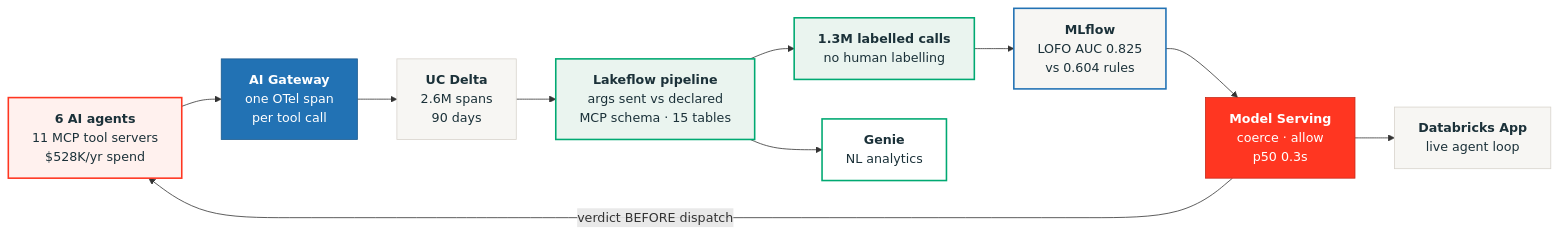
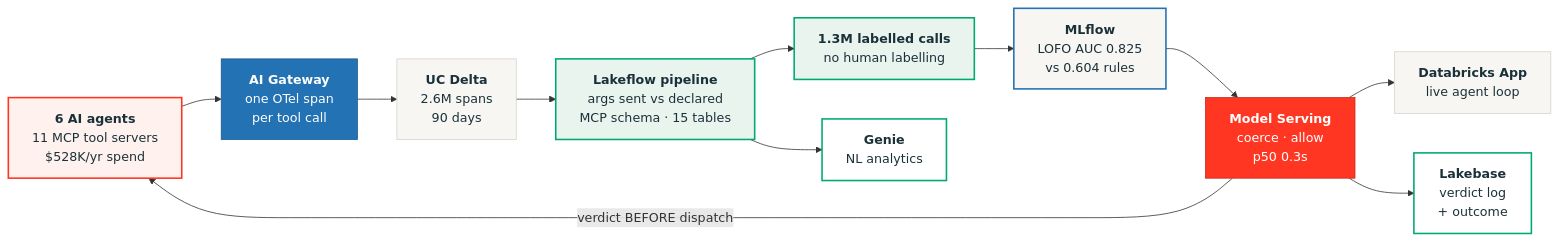
Before and after one commit to 29sonakshi/stop-agent-waste: the diagram in docs/architecture-overview.mmd, drawn with Mermaid. The commit also changed 14 other files, not shown here.

First line of the commit message:
Add the Lakebase verdict log

```diff
--- a/docs/architecture-overview.mmd
+++ b/docs/architecture-overview.mmd
@@ -1,23 +1,25 @@
 flowchart LR
   classDef agents fill:#FFF1EE,stroke:#FF3621,stroke-width:2px,color:#1B3139
   classDef gw     fill:#2272B4,stroke:#1A5A8F,color:#FFFFFF
   classDef lake   fill:#F7F6F3,stroke:#D8D3CC,color:#1B3139
   classDef pipe   fill:#EAF4EF,stroke:#00A972,stroke-width:2px,color:#1B3139
   classDef ml     fill:#F7F6F3,stroke:#2272B4,stroke-width:2px,color:#1B3139
   classDef serve  fill:#FF3621,stroke:#C72A19,color:#FFFFFF
   classDef pg     fill:#FFFFFF,stroke:#00A972,stroke-width:2px,color:#1B3139
 
   A["<b>6 AI agents</b><br/>11 MCP tool servers<br/>$528K/yr spend"]:::agents
   G["<b>AI Gateway</b><br/>one OTel span<br/>per tool call"]:::gw
   D["<b>UC Delta</b><br/>2.6M spans<br/>90 days"]:::lake
   P["<b>Lakeflow pipeline</b><br/>args sent vs declared<br/>MCP schema · 15 tables"]:::pipe
   L["<b>1.3M labelled calls</b><br/>no human labelling"]:::pipe
   T["<b>MLflow</b><br/>LOFO AUC 0.825<br/>vs 0.604 rules"]:::ml
   S["<b>Model Serving</b><br/>coerce · allow<br/>p50 0.3s"]:::serve
+  B["<b>Lakebase</b><br/>verdict log<br/>+ outcome"]:::pg
   N["<b>Genie</b><br/>NL analytics"]:::pg
   W["<b>Databricks App</b><br/>live agent loop"]:::lake
 
   A --> G --> D --> P --> L --> T --> S
   S -->|"verdict BEFORE dispatch"| A
   P --> N
   S --> W
+  S --> B
```
